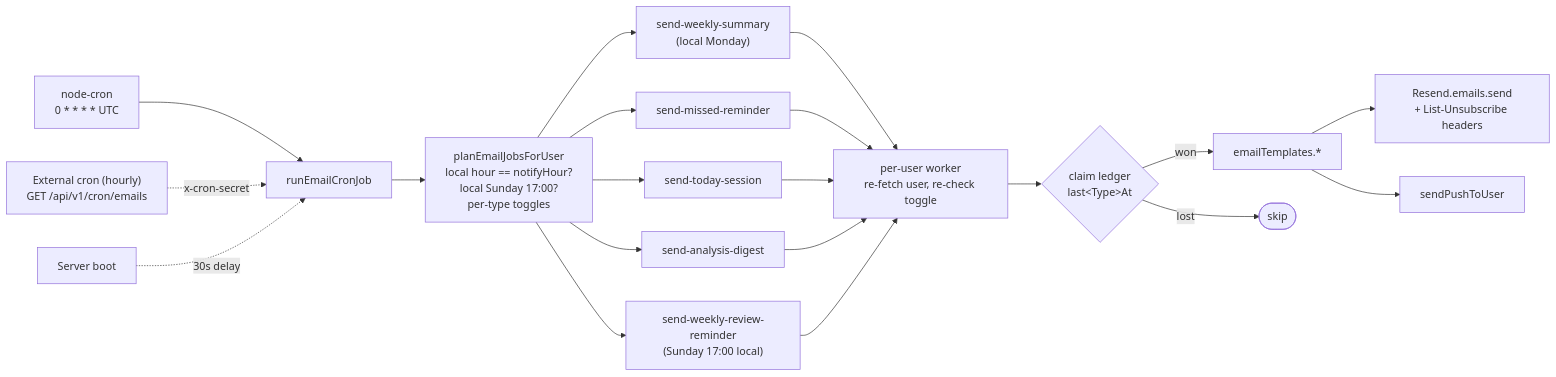
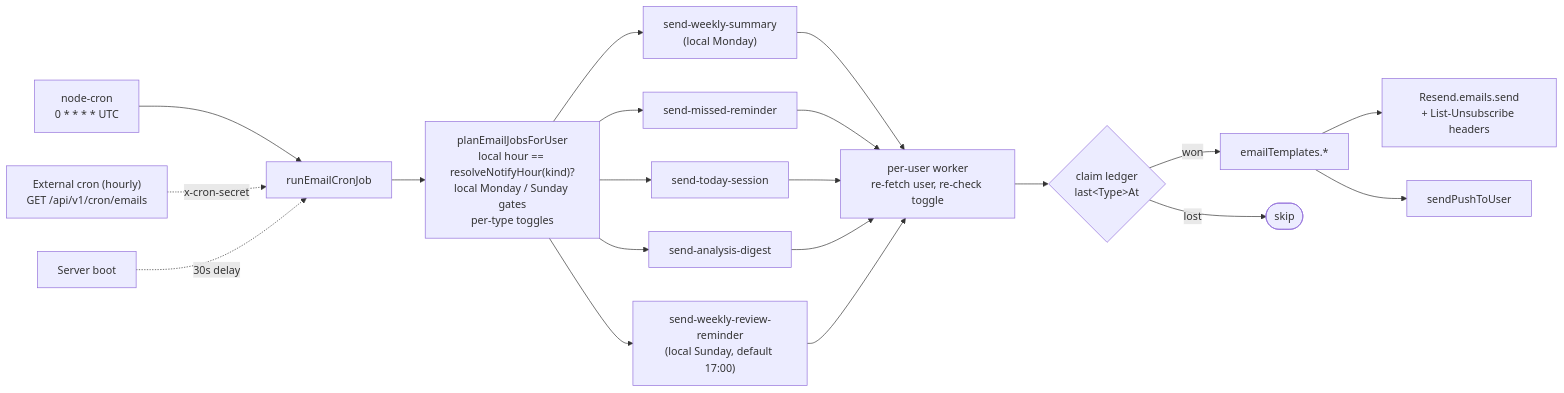
One commit to daler91/Hyrox-Companion changed the eighth of 8 diagrams in docs/architecture.md. Above: the diagram before and after it, drawn with Mermaid. The commit also changed other lines of this file and 2 other files, not shown here.

````diff
--- a/docs/architecture.md
+++ b/docs/architecture.md
@@ -425,27 +416,27 @@
 ```mermaid
 flowchart LR
     Cron["node-cron<br/>0 * * * * UTC"] --> Run[runEmailCronJob]
     Ext["External cron (hourly)<br/>GET /api/v1/cron/emails"] -. x-cron-secret .-> Run
     Startup["Server boot"] -. 30s delay .-> Run
 
-    Run --> Plan["planEmailJobsForUser<br/>local hour == notifyHour?<br/>local Sunday 17:00?<br/>per-type toggles"]
+    Run --> Plan["planEmailJobsForUser<br/>local hour == resolveNotifyHour(kind)?<br/>local Monday / Sunday gates<br/>per-type toggles"]
 
     Plan --> QW["send-weekly-summary<br/>(local Monday)"]
     Plan --> QM["send-missed-reminder"]
     Plan --> QT["send-today-session"]
     Plan --> QA["send-analysis-digest"]
-    Plan --> QR["send-weekly-review-reminder<br/>(Sunday 17:00 local)"]
+    Plan --> QR["send-weekly-review-reminder<br/>(local Sunday, default 17:00)"]
 
     QW --> W["per-user worker<br/>re-fetch user, re-check toggle"]
     QM --> W
     QT --> W
     QA --> W
     QR --> W
 
     W --> Guard{"claim ledger<br/>last&lt;Type&gt;At"}
     Guard -- won --> Tmpl[emailTemplates.*]
     Guard -- lost --> Skip([skip])
 
     Tmpl --> Send["Resend.emails.send<br/>+ List-Unsubscribe headers"]
     Tmpl --> Push[sendPushToUser]
 ```
````
